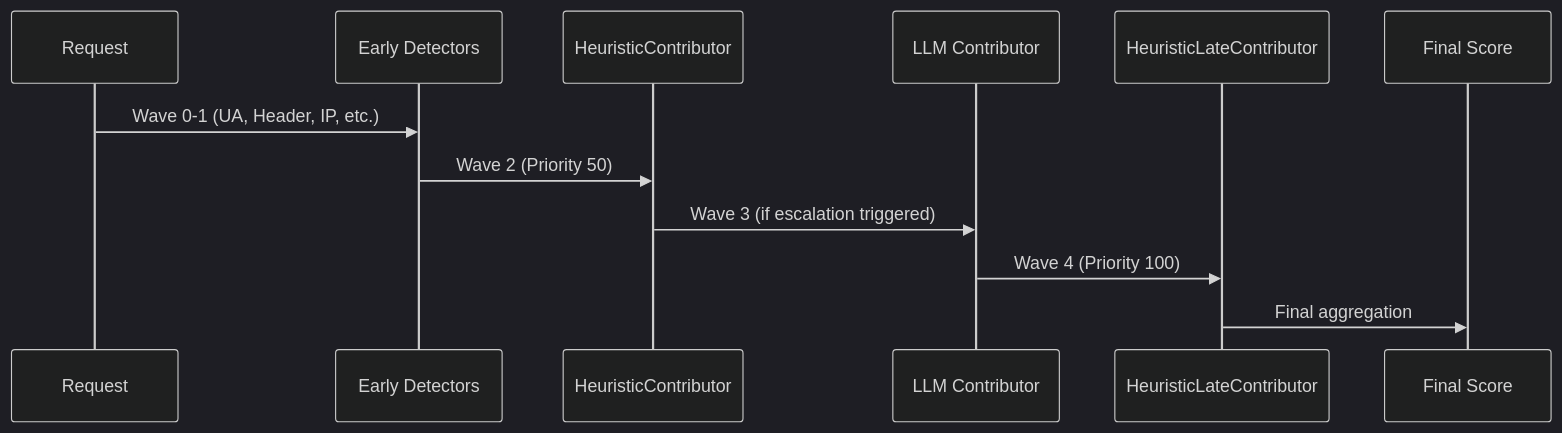
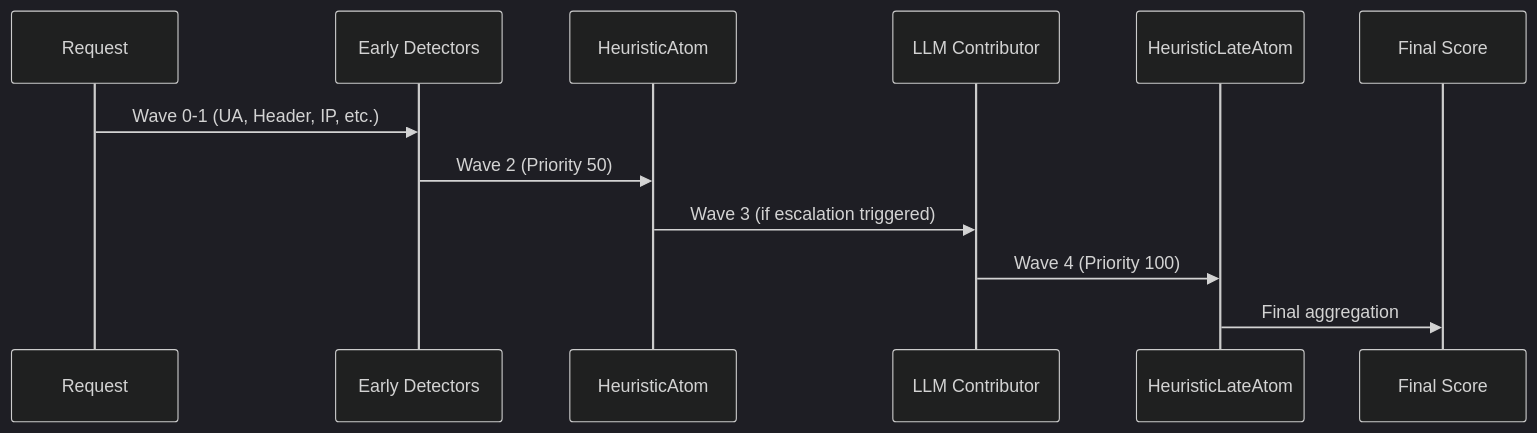
Before and after one commit to scottgal/stylobot: the fifth of 6 diagrams in src/Mostlylucid.BotDetection/docs/ai-detection.md, drawn with Mermaid (dark theme). The commit also changed other lines of this file and 53 other files, not shown here.

````diff
--- a/src/Mostlylucid.BotDetection/docs/ai-detection.md
+++ b/src/Mostlylucid.BotDetection/docs/ai-detection.md
@@ -548,15 +548,15 @@
 ```mermaid
 sequenceDiagram
     participant R as Request
     participant E as Early Detectors
-    participant H as HeuristicContributor
+    participant H as HeuristicAtom
     participant AI as LLM Contributor
-    participant HL as HeuristicLateContributor
+    participant HL as HeuristicLateAtom
     participant F as Final Score
 
     R->>E: Wave 0-1 (UA, Header, IP, etc.)
     E->>H: Wave 2 (Priority 50)
     H->>AI: Wave 3 (if escalation triggered)
     AI->>HL: Wave 4 (Priority 100)
     HL->>F: Final aggregation
 ```
````
